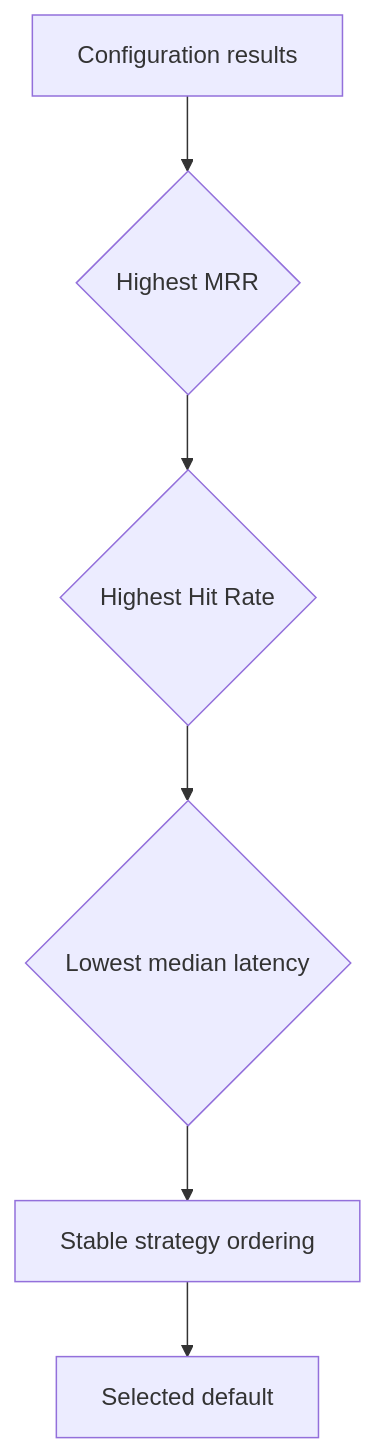
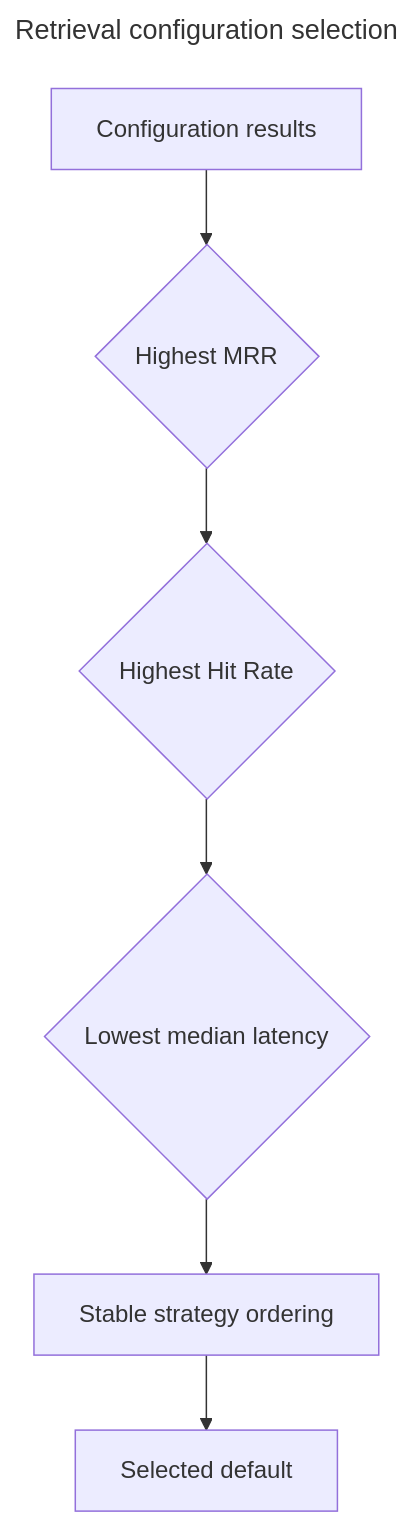
The second of 2 diagrams in docs/evaluation.md (hongchit/sec-filing-rag-poc), drawn with Mermaid before and after one commit. The commit also changed other lines of this file and 43 other files, not shown here.

````diff
--- a/docs/evaluation.md
+++ b/docs/evaluation.md
@@ -66,8 +75,11 @@
 ```mermaid
+---
+title: Retrieval configuration selection
+---
 flowchart TD
   R[Configuration results] --> H{Highest MRR}
   H --> HR{Highest Hit Rate}
   HR --> L{Lowest median latency}
   L --> O[Stable strategy ordering]
   O --> W[Selected default]
 ```
````
